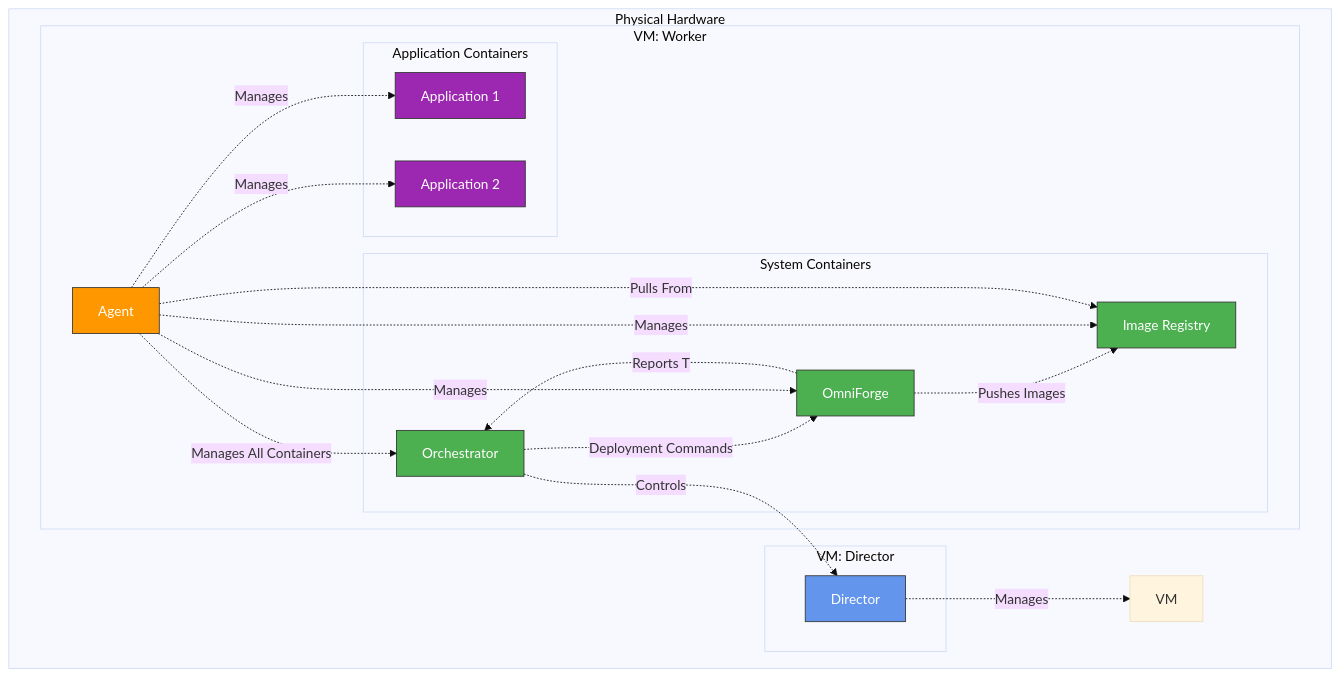
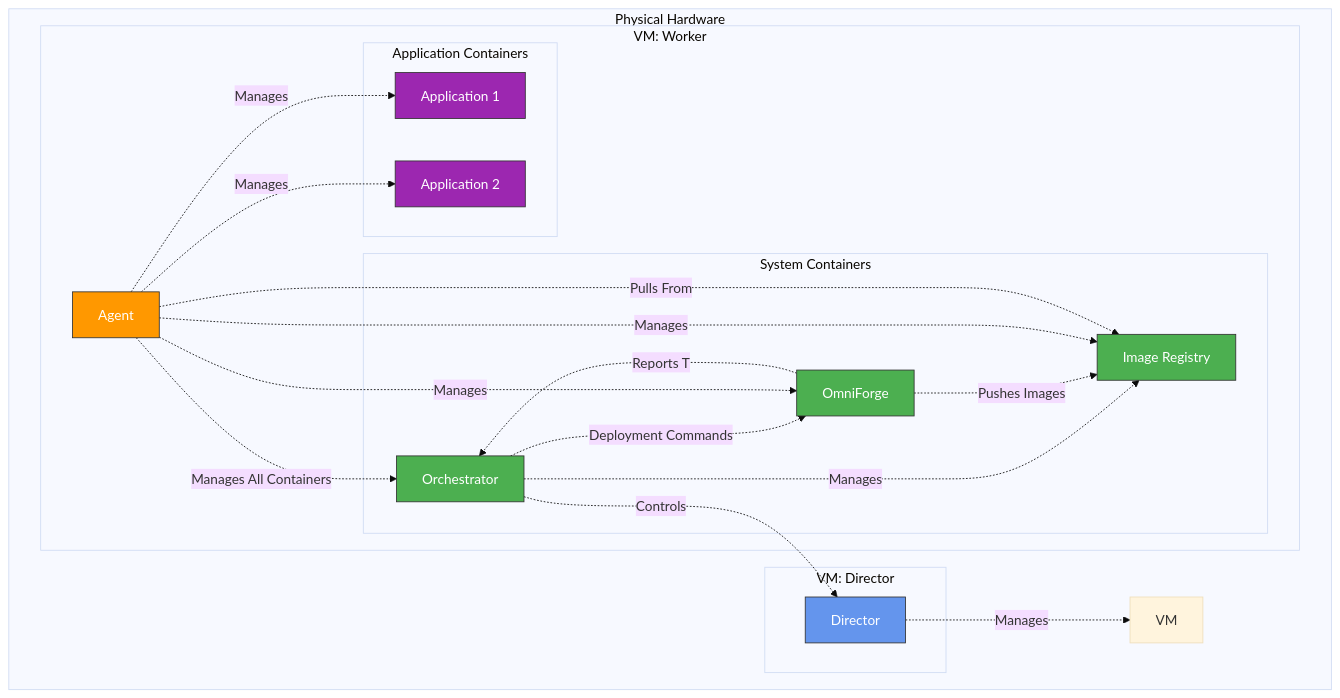
The ninth of 10 diagrams in Notes/Omni_Deploy.md (OmniCloudOrg/OmniCloud-Full), drawn with Mermaid (base theme) before and after one commit. The commit also changed other lines of this file, not shown here.

````diff
--- a/Notes/Omni_Deploy.md
+++ b/Notes/Omni_Deploy.md
@@ -236,52 +241,53 @@
 ```mermaid
 graph TD
     %% Physical hardware contains everything
     subgraph "Physical Hardware"
         %% Director VM
         subgraph "VM: Director"
             Director[Director]
         end
         
         %% Worker VM with most components
         subgraph "VM: Worker"
             Agent[Agent]
             
             subgraph "System Containers"
                 OrchestratorContainer[Orchestrator]
                 ForgeContainer[OmniForge]
                 RegistryContainer[Image Registry]
             end
             
             subgraph "Application Containers"
                 App1[Application 1]
                 App2[Application 2]
             end
         end
         
         %% Control relationships (across boundaries)
         OrchestratorContainer -.Controls.-> Director
         OrchestratorContainer -.Deployment Commands.-> ForgeContainer
+        OrchestratorContainer -.Manages.-> RegistryContainer
         ForgeContainer -.Reports To.-> OrchestratorContainer
         ForgeContainer -.Pushes Images.-> RegistryContainer
         Director -.Manages.-> VM
         Agent -.Manages All Containers.-> OrchestratorContainer
         Agent -.Manages.-> ForgeContainer
         Agent -.Manages.-> RegistryContainer
         Agent -.Manages.-> App1
         Agent -.Manages.-> App2
         Agent -.Pulls From.-> RegistryContainer
     end
     
     classDef blue fill:#6495ED,stroke:#333,stroke-width:1px,color:white
     classDef green fill:#4CAF50,stroke:#333,stroke-width:1px,color:white
     classDef purple fill:#9C27B0,stroke:#333,stroke-width:1px,color:white
     classDef orange fill:#FF9800,stroke:#333,stroke-width:1px,color:white
     
     class Director blue
     class Agent orange
     class OrchestratorContainer green
     class ForgeContainer green
     class RegistryContainer green
     class App1 purple
     class App2 purple
 ```
````
